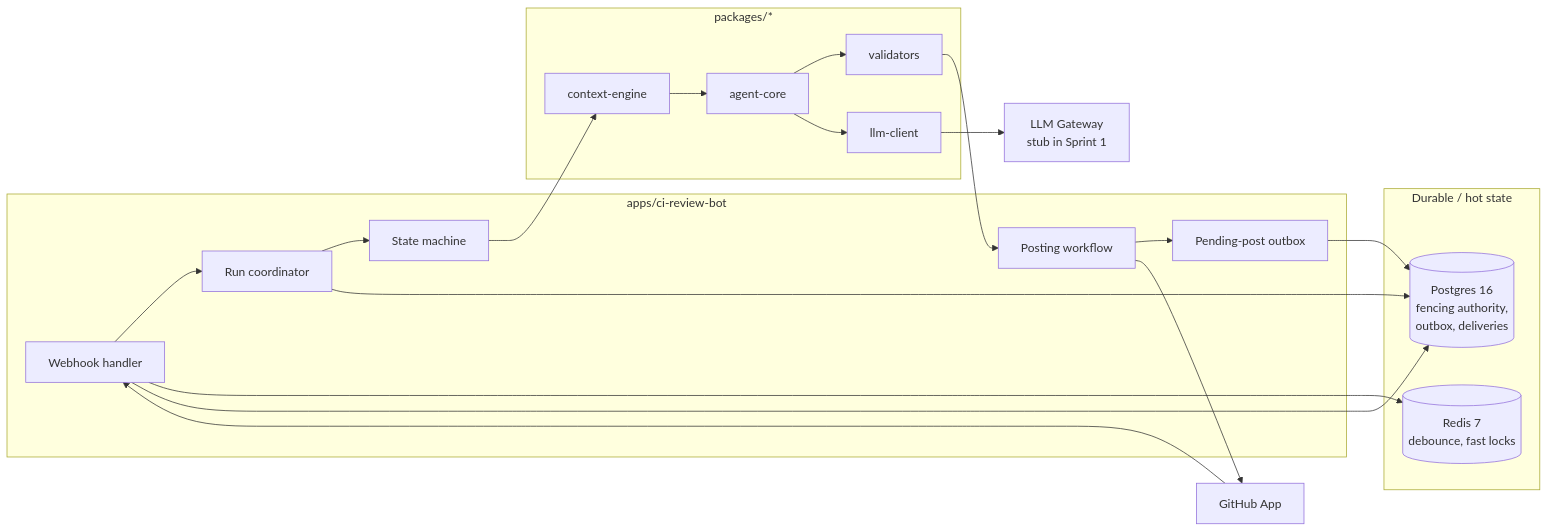
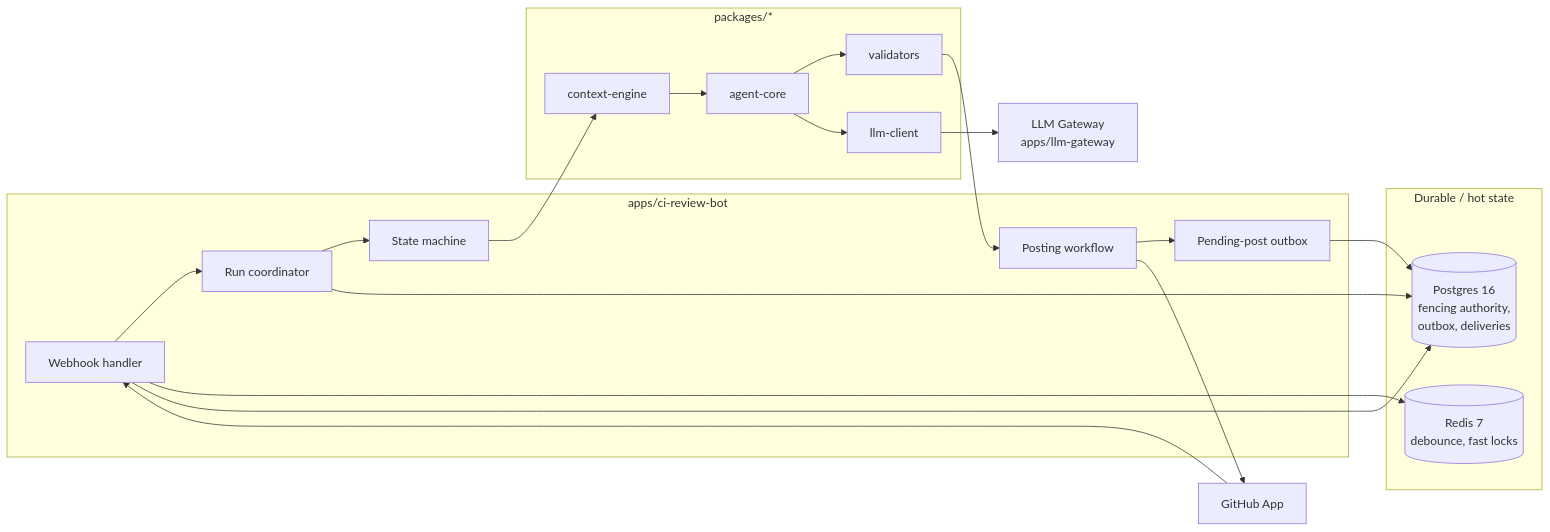
One commit to Lvvphole/coding-review-agent changed the second of 2 diagrams in README.md. Above: the diagram before and after it, drawn with Mermaid. The commit also changed other lines of this file and 22 other files, not shown here.

````diff
--- a/README.md
+++ b/README.md
@@ -80,29 +80,29 @@
 ```mermaid
 flowchart LR
     subgraph app["apps/ci-review-bot"]
         WH[Webhook handler]
         SM[State machine]
         CO[Run coordinator]
         OB[Pending-post outbox]
         PW[Posting workflow]
     end
     subgraph pkgs["packages/*"]
         CE[context-engine]
         AG[agent-core]
         VA[validators]
         LC[llm-client]
     end
     subgraph stores["Durable / hot state"]
         PG[(Postgres 16<br/>fencing authority,<br/>outbox, deliveries)]
         RD[(Redis 7<br/>debounce, fast locks)]
     end
     GH[GitHub App] --> WH
     WH --> CO --> SM
     CO --> PG
     WH --> RD
     WH --> PG
     SM --> CE --> AG --> VA --> PW
-    AG --> LC --> GW[LLM Gateway<br/>stub in Sprint 1]
+    AG --> LC --> GW[LLM Gateway<br/>apps/llm-gateway]
     PW --> OB --> PG
     PW --> GH
 ```
````
